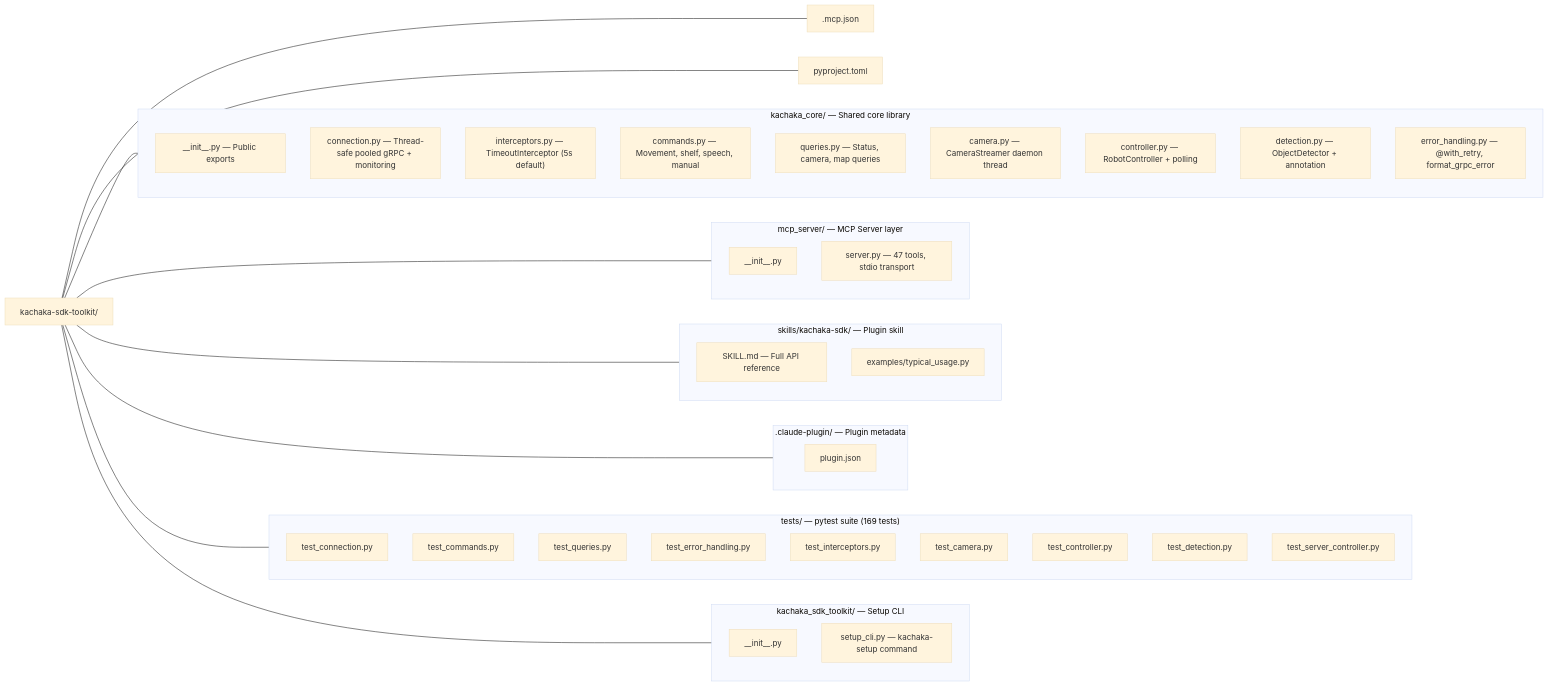
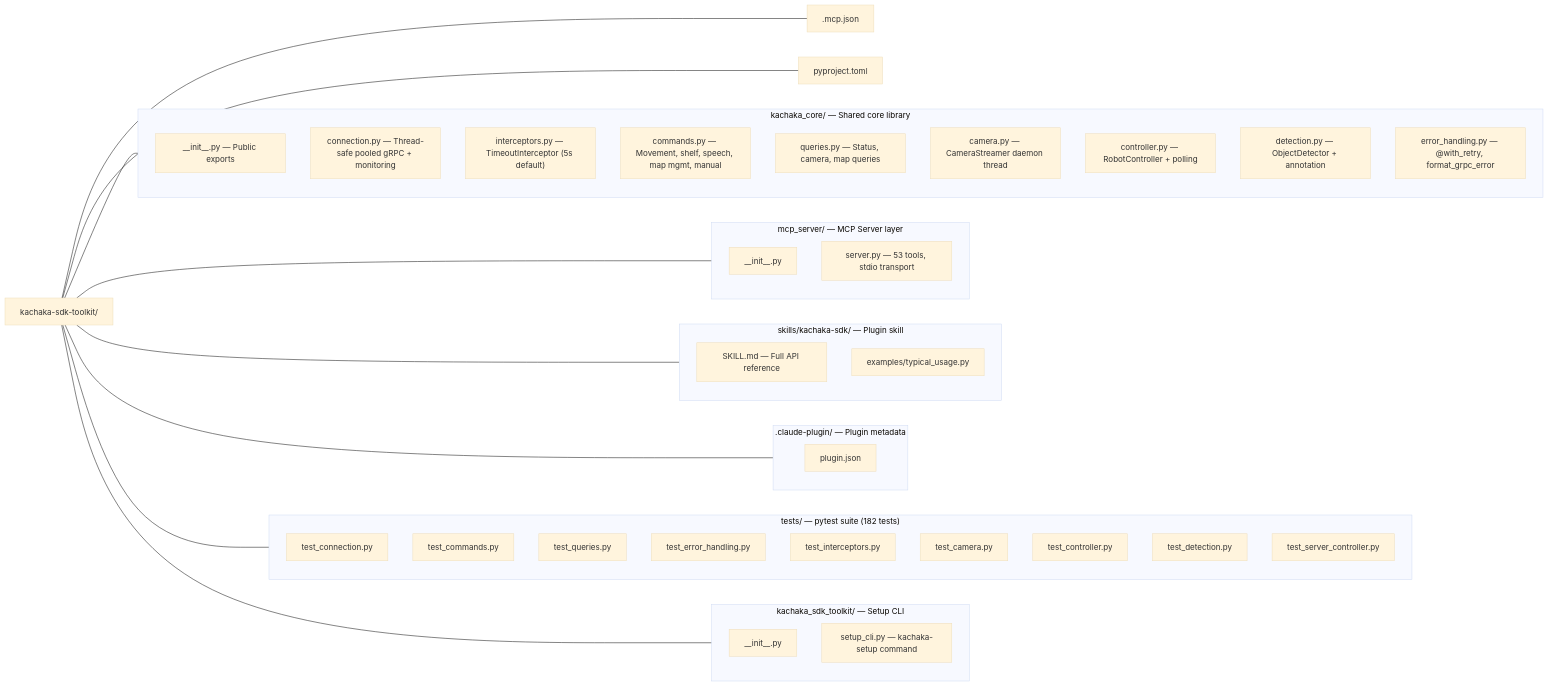
Before and after one commit to Sigma-Snaken/kachaka-sdk-toolkit: the fourth of 6 diagrams in README.md, drawn with Mermaid (base theme). The commit also changed other lines of this file and 9 other files, not shown here.

````diff
--- a/README.md
+++ b/README.md
@@ -811,56 +824,56 @@
 ```mermaid
 graph LR
     ROOT["kachaka-sdk-toolkit/"]
 
     subgraph core["kachaka_core/ — Shared core library"]
         C_INIT["__init__.py — Public exports"]
         C_CONN["connection.py — Thread-safe pooled gRPC + monitoring"]
         C_INT["interceptors.py — TimeoutInterceptor (5s default)"]
-        C_CMD["commands.py — Movement, shelf, speech, manual"]
+        C_CMD["commands.py — Movement, shelf, speech, map mgmt, manual"]
         C_QRY["queries.py — Status, camera, map queries"]
         C_CAM["camera.py — CameraStreamer daemon thread"]
         C_CTRL["controller.py — RobotController + polling"]
         C_DET["detection.py — ObjectDetector + annotation"]
         C_ERR["error_handling.py — @with_retry, format_grpc_error"]
     end
 
     subgraph mcp["mcp_server/ — MCP Server layer"]
         M_INIT["__init__.py"]
-        M_SRV["server.py — 47 tools, stdio transport"]
+        M_SRV["server.py — 53 tools, stdio transport"]
     end
 
     subgraph skills["skills/kachaka-sdk/ — Plugin skill"]
         S_MD["SKILL.md — Full API reference"]
         S_EX["examples/typical_usage.py"]
     end
 
     subgraph plugin[".claude-plugin/ — Plugin metadata"]
         P_JSON["plugin.json"]
     end
 
-    subgraph tests["tests/ — pytest suite (169 tests)"]
+    subgraph tests["tests/ — pytest suite (182 tests)"]
         T_CONN["test_connection.py"]
         T_CMD["test_commands.py"]
         T_QRY["test_queries.py"]
         T_ERR["test_error_handling.py"]
         T_INT["test_interceptors.py"]
         T_CAM["test_camera.py"]
         T_CTRL["test_controller.py"]
         T_DET["test_detection.py"]
         T_SCTRL["test_server_controller.py"]
     end
 
     subgraph cli["kachaka_sdk_toolkit/ — Setup CLI"]
         CLI_INIT["__init__.py"]
         CLI_SETUP["setup_cli.py — kachaka-setup command"]
     end
 
     ROOT --- core
     ROOT --- mcp
     ROOT --- skills
     ROOT --- plugin
     ROOT --- tests
     ROOT --- cli
     ROOT --- MCP_JSON[".mcp.json"]
     ROOT --- TOML["pyproject.toml"]
 ```
````
